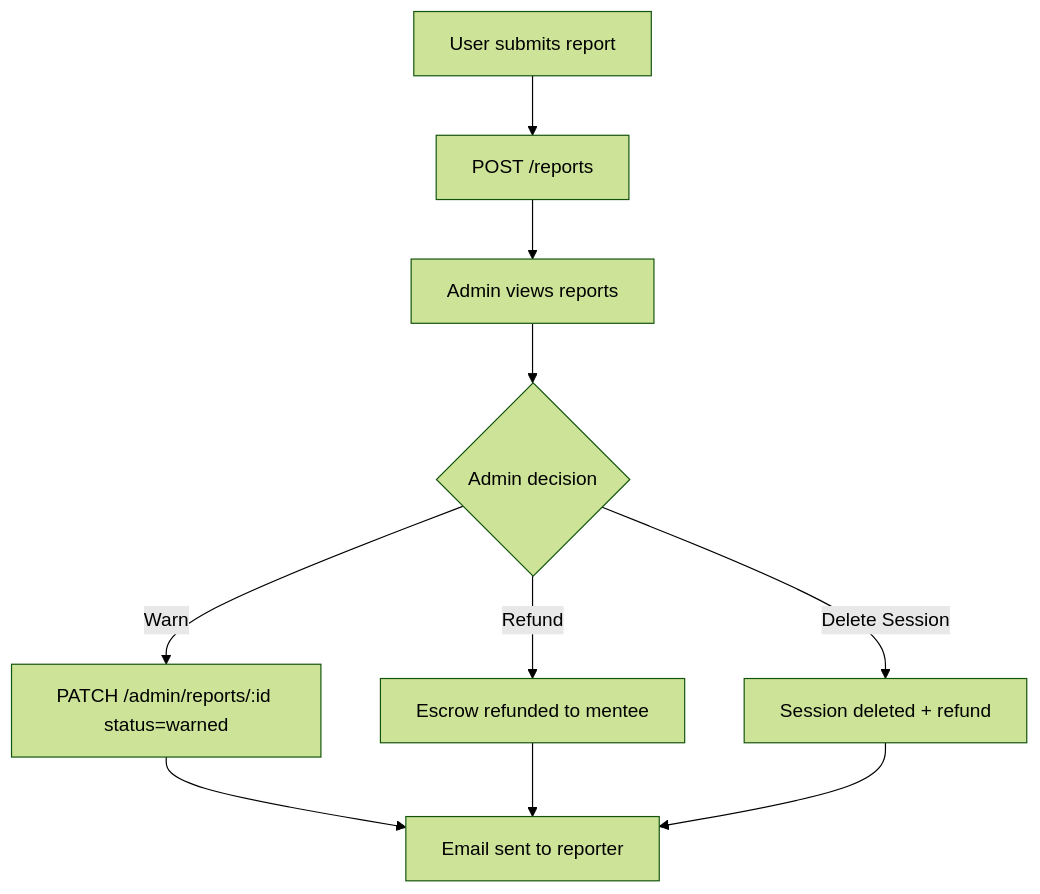
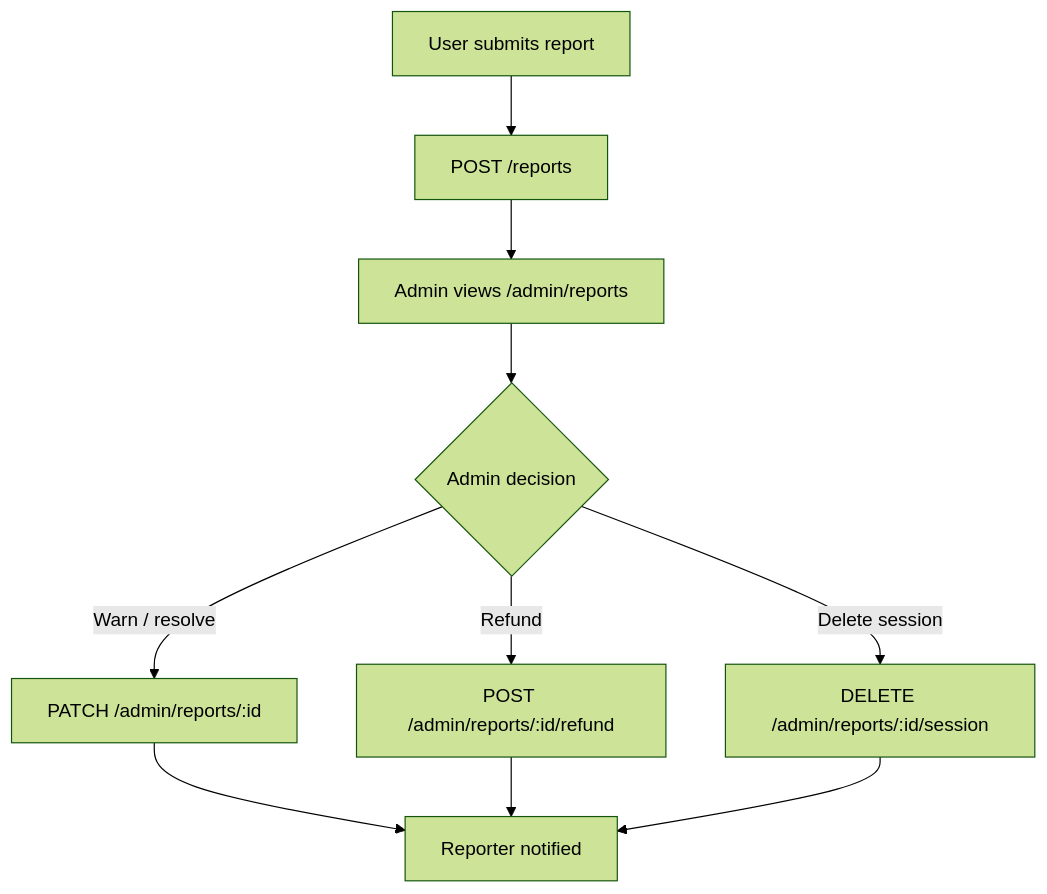
The sixth of 7 diagrams in README.md (shamaps/Leap_Mentor_Orbit_backend), drawn with Mermaid (forest theme) before and after one commit. The commit also changed other lines of this file and 303 other files, not shown here.

````diff
--- a/README.md
+++ b/README.md
@@ -238,12 +255,12 @@
 ```mermaid
 flowchart TD
     A[User submits report] --> B[POST /reports]
-    B --> C[Admin views reports]
+    B --> C[Admin views /admin/reports]
     C --> D{Admin decision}
-    D -->|Warn| E[PATCH /admin/reports/:id status=warned]
-    D -->|Refund| F[Escrow refunded to mentee]
-    D -->|Delete Session| G[Session deleted + refund]
-    E --> H[Email sent to reporter]
+    D -->|Warn / resolve| E[PATCH /admin/reports/:id]
+    D -->|Refund| F[POST /admin/reports/:id/refund]
+    D -->|Delete session| G[DELETE /admin/reports/:id/session]
+    E --> H[Reporter notified]
     F --> H
     G --> H
 ```
````
